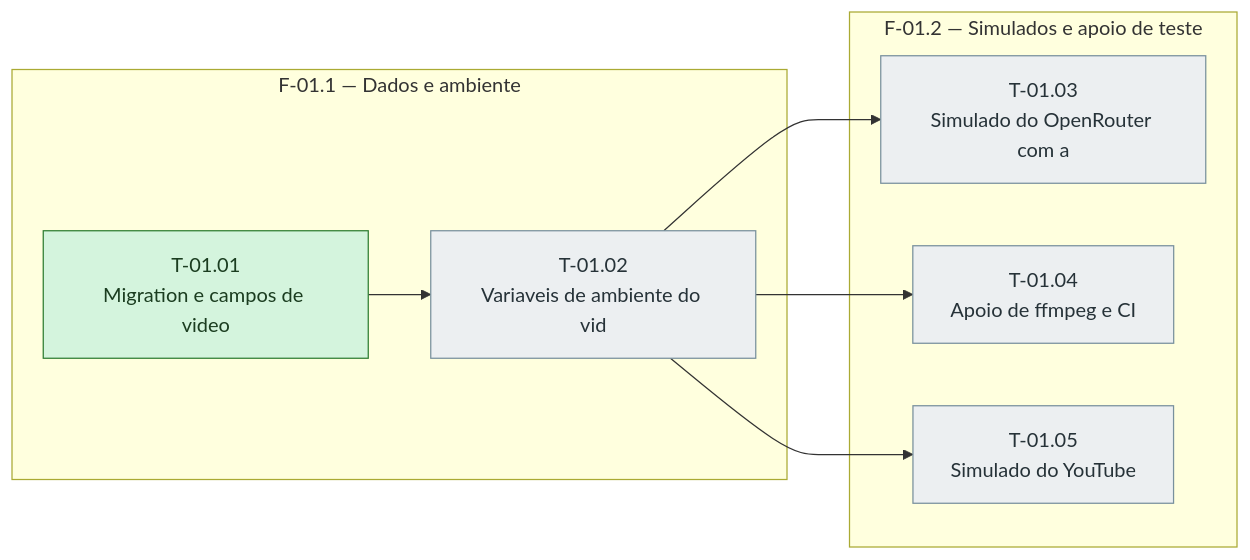
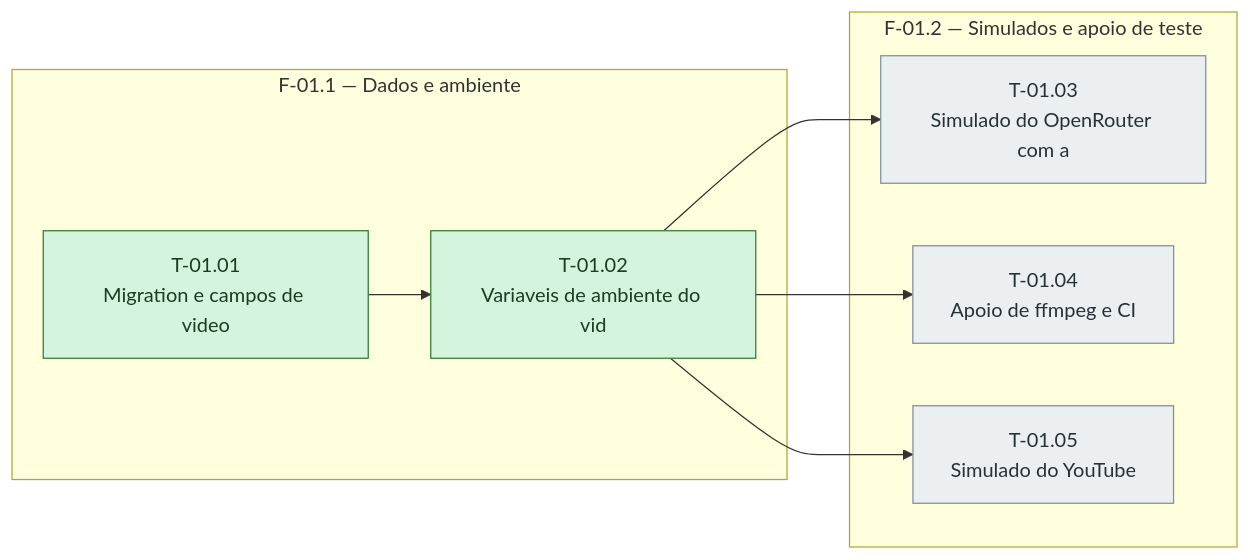
One commit to bittencourtthulio/converse-chatbot changed the diagram in docs/conhecimento-em-video/sprint-01/fases.md. Above: the diagram before and after it, drawn with Mermaid. The commit also changed 5 other files, not shown here.

````diff
--- a/docs/conhecimento-em-video/sprint-01/fases.md
+++ b/docs/conhecimento-em-video/sprint-01/fases.md
@@ -31,29 +31,29 @@
 ```mermaid
 %% Grafo de tasks — sprint-01 — gerado pela sprintx a partir de tasks.md
 flowchart LR
   subgraph fase_01_1["F-01.1 — Dados e ambiente"]
     T_01_01["T-01.01<br/>Migration e campos de video"]
     T_01_02["T-01.02<br/>Variaveis de ambiente do vid"]
   end
   subgraph fase_01_2["F-01.2 — Simulados e apoio de teste"]
     T_01_03["T-01.03<br/>Simulado do OpenRouter com a"]
     T_01_04["T-01.04<br/>Apoio de ffmpeg e CI"]
     T_01_05["T-01.05<br/>Simulado do YouTube"]
   end
   T_01_01 --> T_01_02
   T_01_02 --> T_01_03
   T_01_02 --> T_01_04
   T_01_02 --> T_01_05
 
   classDef concluida fill:#d4f4dd,stroke:#2e7d32,color:#1b3d20
   classDef andamento fill:#fff3cd,stroke:#b8860b,color:#4a3800
   classDef bloqueada fill:#f8d7da,stroke:#c62828,color:#4a1d1f
   classDef pendente  fill:#eceff1,stroke:#78909c,color:#263238
   classDef critico   stroke-width:3px
 
   class T_01_01 concluida
-  class T_01_02 pendente
+  class T_01_02 concluida
   class T_01_03 pendente
   class T_01_04 pendente
   class T_01_05 pendente
 ```
````
